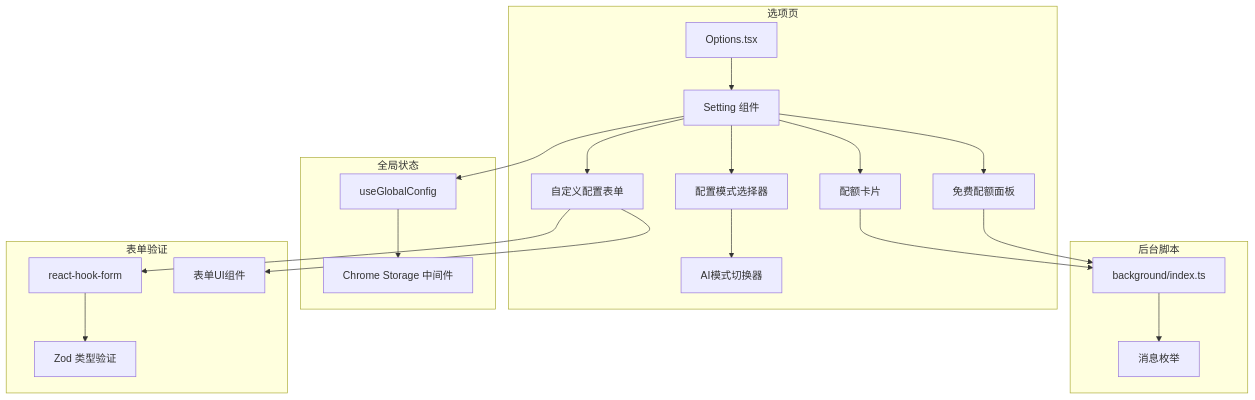
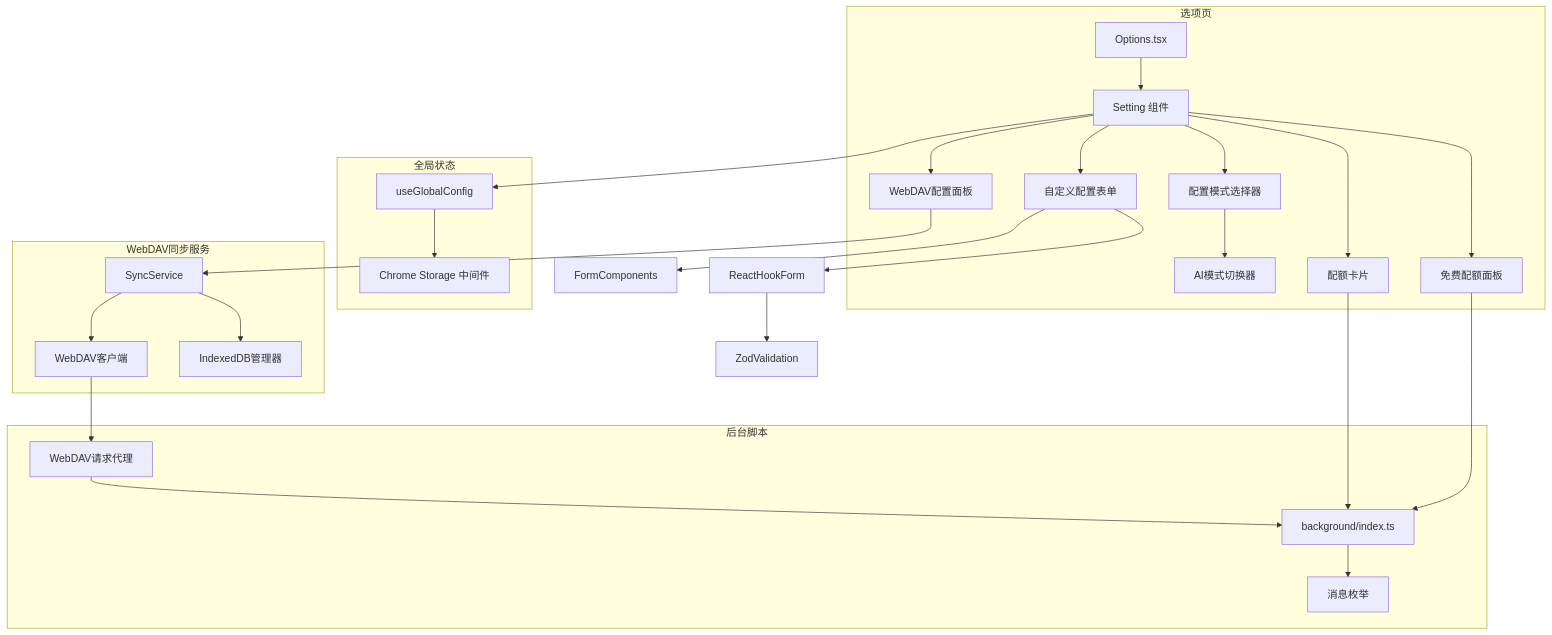
One commit to RadiumAg/bilibili-favorites changed the first of 10 diagrams in .qoder/repowiki/zh/content/核心功能模块/配置管理系统.md. Above: the diagram before and after it, drawn with Mermaid. The commit also changed other lines of this file and 10 other files, not shown here.

````diff
--- a/.qoder/repowiki/zh/content/核心功能模块/配置管理系统.md
+++ b/.qoder/repowiki/zh/content/核心功能模块/配置管理系统.md
@@ -54,39 +59,47 @@
 ```mermaid
 graph TB
 subgraph "选项页"
 Options["Options.tsx"]
 Setting["Setting 组件"]
 ConfigMode["配置模式选择器"]
 CustomModeSwitch["AI模式切换器"]
 CustomForm["自定义配置表单"]
 QuotaCard["配额卡片"]
 FreePanel["免费配额面板"]
+WebDAVPanel["WebDAV配置面板"]
 end
 subgraph "全局状态"
 GlobalStore["useGlobalConfig"]
 StorageMW["Chrome Storage 中间件"]
 end
 subgraph "后台脚本"
 Background["background/index.ts"]
 MessageEnum["消息枚举"]
+WebDAVProxy["WebDAV请求代理"]
 end
-subgraph "表单验证"
-ReactHookForm["react-hook-form"]
-ZodValidation["Zod 类型验证"]
-FormComponents["表单UI组件"]
+subgraph "WebDAV同步服务"
+SyncService["SyncService"]
+WebDAVClient["WebDAV客户端"]
+IndexedDB["IndexedDB管理器"]
 end
 Options --> Setting
 Setting --> ConfigMode
 ConfigMode --> CustomModeSwitch
 Setting --> CustomForm
 Setting --> QuotaCard
 Setting --> FreePanel
+Setting --> WebDAVPanel
 Setting --> GlobalStore
 GlobalStore --> StorageMW
+WebDAVPanel --> SyncService
+SyncService --> WebDAVClient
+SyncService --> IndexedDB
+WebDAVClient --> WebDAVProxy
+WebDAVProxy --> Background
 CustomForm --> ReactHookForm
 ReactHookForm --> ZodValidation
 CustomForm --> FormComponents
 QuotaCard --> Background
 FreePanel --> Background
 Background --> MessageEnum
 ```
````
